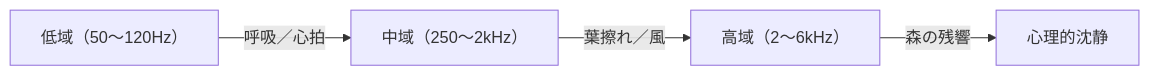
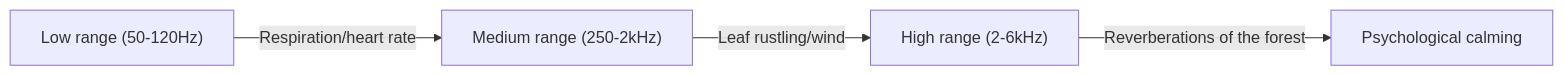
Before and after one commit to monumental-movement/monumental-movement.github.io: the second of 2 diagrams in en/_posts/2025-10-27-column-recondite-forest.md, drawn with Mermaid. The commit also changed other lines of this file and 1719 other files, not shown here.

```diff
--- a/en/_posts/2025-10-27-column-recondite-forest.md
+++ b/en/_posts/2025-10-27-column-recondite-forest.md
@@ -152,8 +154,8 @@
 <div class="mermaid">
 
 graph LR
-    A["低域（50〜120Hz）"] -->|呼吸／心拍| B["中域（250〜2kHz）"]
-    B -->|葉擦れ／風| C["高域（2〜6kHz）"]
-    C -->|森の残響| D["心理的沈静"]
+A["Low range (50-120Hz)"] -->|Respiration/heart rate| B["Medium range (250-2kHz)"]
+B -->|Leaf rustling/wind| C["High range (2-6kHz)"]
+C -->|Reverberations of the forest| D["Psychological calming"]
 
 </div>
```
